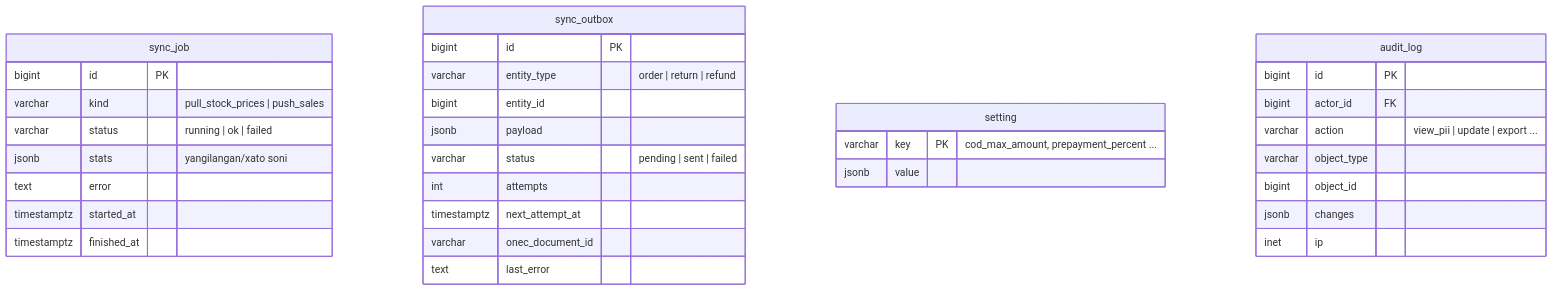
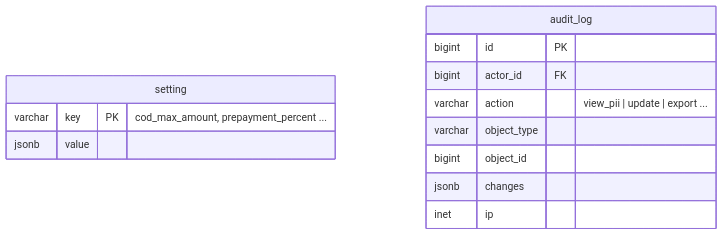
Before and after one commit to azizmuksinov/Azzxauusd: the eighth of 8 diagrams in docs/02-mb-sxemasi.md, drawn with Mermaid. The commit also changed other lines of this file and 97 other files, not shown here.

````diff
--- a/docs/02-mb-sxemasi.md
+++ b/docs/02-mb-sxemasi.md
@@ -694,36 +691,16 @@
 ```mermaid
 erDiagram
-    sync_job {
-        bigint id PK
-        varchar kind "pull_stock_prices | push_sales"
-        varchar status "running | ok | failed"
-        jsonb stats "yangilangan/xato soni"
-        text error
-        timestamptz started_at
-        timestamptz finished_at
-    }
-    sync_outbox {
-        bigint id PK
-        varchar entity_type "order | return | refund"
-        bigint entity_id
-        jsonb payload
-        varchar status "pending | sent | failed"
-        int attempts
-        timestamptz next_attempt_at
-        varchar onec_document_id
-        text last_error
-    }
     setting {
         varchar key PK "cod_max_amount, prepayment_percent ..."
         jsonb value
     }
     audit_log {
         bigint id PK
         bigint actor_id FK
         varchar action "view_pii | update | export ..."
         varchar object_type
         bigint object_id
         jsonb changes
         inet ip
     }
 ```
````
